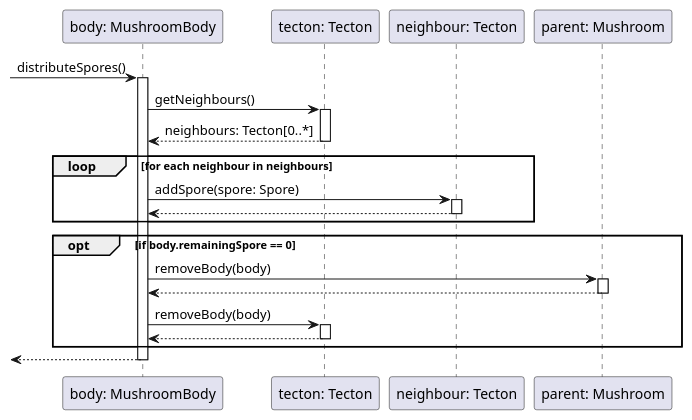
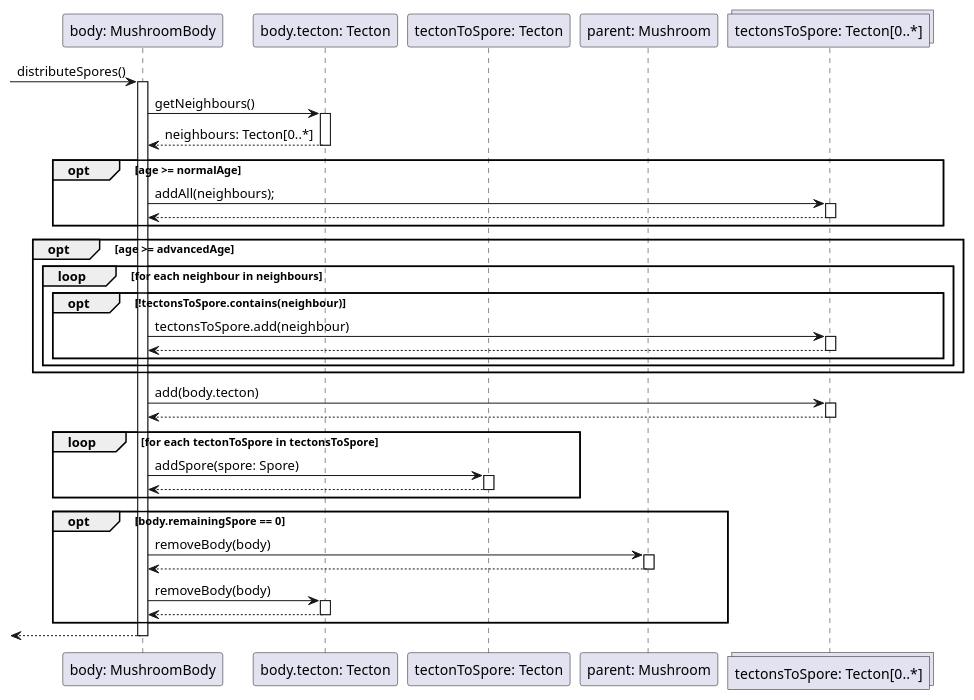
The diagram in diagrams/sequence/mushroom/mushroom_body/distributeSpore.wsd (dzsem/projlab), drawn with PlantUML before and after one commit.

Commit message:
distributeSpore Fix#1

```diff
--- a/diagrams/sequence/mushroom/mushroom_body/distributeSpore.wsd
+++ b/diagrams/sequence/mushroom/mushroom_body/distributeSpore.wsd
@@ -1,38 +1,63 @@
 @startuml DistributeSpore
 participant "body: MushroomBody" as body
-participant "tecton: Tecton" as tecton
-participant "neighbour: Tecton" as neighbour
+participant "body.tecton: Tecton" as tecton
+participant "tectonToSpore: Tecton" as tectonToSpore
 participant "parent: Mushroom" as parent
+collections "tectonsToSpore: Tecton[0..*]" as tectons
 
 -> body : distributeSpores()
 activate body
 
 body -> tecton : getNeighbours()
 
+
 activate tecton
 tecton --> body : neighbours: Tecton[0..*]
 deactivate tecton
 
-    loop for each neighbour in neighbours
-        body -> neighbour : addSpore(spore: Spore)
-        activate neighbour
-        neighbour --> body 
-        deactivate neighbour
+    opt age >= normalAge
+        body -> tectons: addAll(neighbours);
+        activate tectons
+        tectons --> body
+        deactivate tectons
+    end 
+
+    opt age >= advancedAge
+        loop for each neighbour in neighbours
+            opt !tectonsToSpore.contains(neighbour)
+                body -> tectons: tectonsToSpore.add(neighbour)
+                activate tectons
+                tectons --> body
+                deactivate tectons
+            end
+        end
+    end
+
+    body -> tectons: add(body.tecton)
+    activate tectons
+    tectons --> body
+    deactivate tectons
+
+    loop for each tectonToSpore in tectonsToSpore
+        body -> tectonToSpore : addSpore(spore: Spore)
+        activate tectonToSpore
+        tectonToSpore --> body 
+        deactivate tectonToSpore
 
     end
 
-    opt if body.remainingSpore == 0
+    opt body.remainingSpore == 0
         body -> parent : removeBody(body)
         activate parent
         parent --> body
         deactivate parent
         body -> tecton : removeBody(body)
         activate tecton
         tecton --> body
         deactivate tecton
     end
 
 <-- body
 deactivate body
 
 @enduml
```
